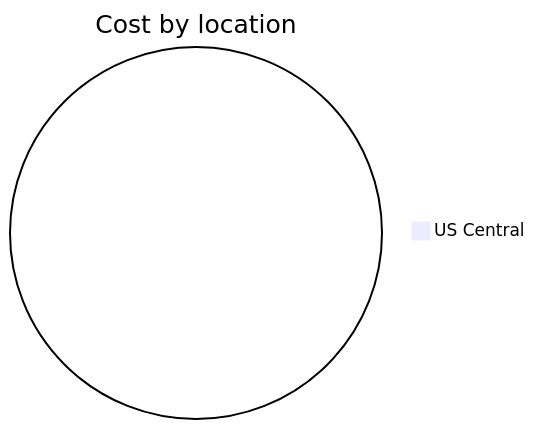
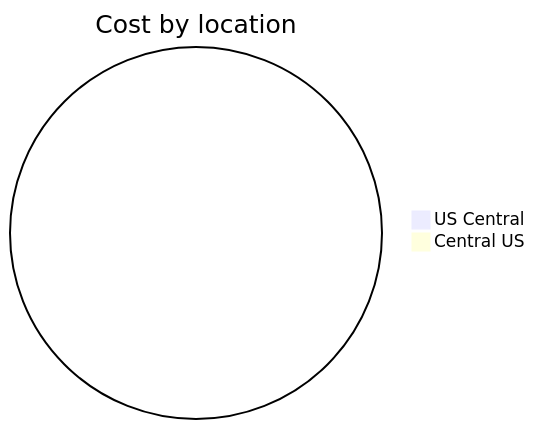
One commit to jpfulton/azure-personal-reports changed the third of 4 diagrams in cost-reports/personal-site/personal-site-api-preview.md. Above: the diagram before and after it, drawn with Mermaid. The commit also changed other lines of this file and 7 other files, not shown here.

````diff
--- a/cost-reports/personal-site/personal-site-api-preview.md
+++ b/cost-reports/personal-site/personal-site-api-preview.md
@@ -111,5 +112,6 @@
 ```mermaid
 pie
    title Cost by location
    "US Central" : 0.00
+   "Central US" : 0.00
 ```
````
